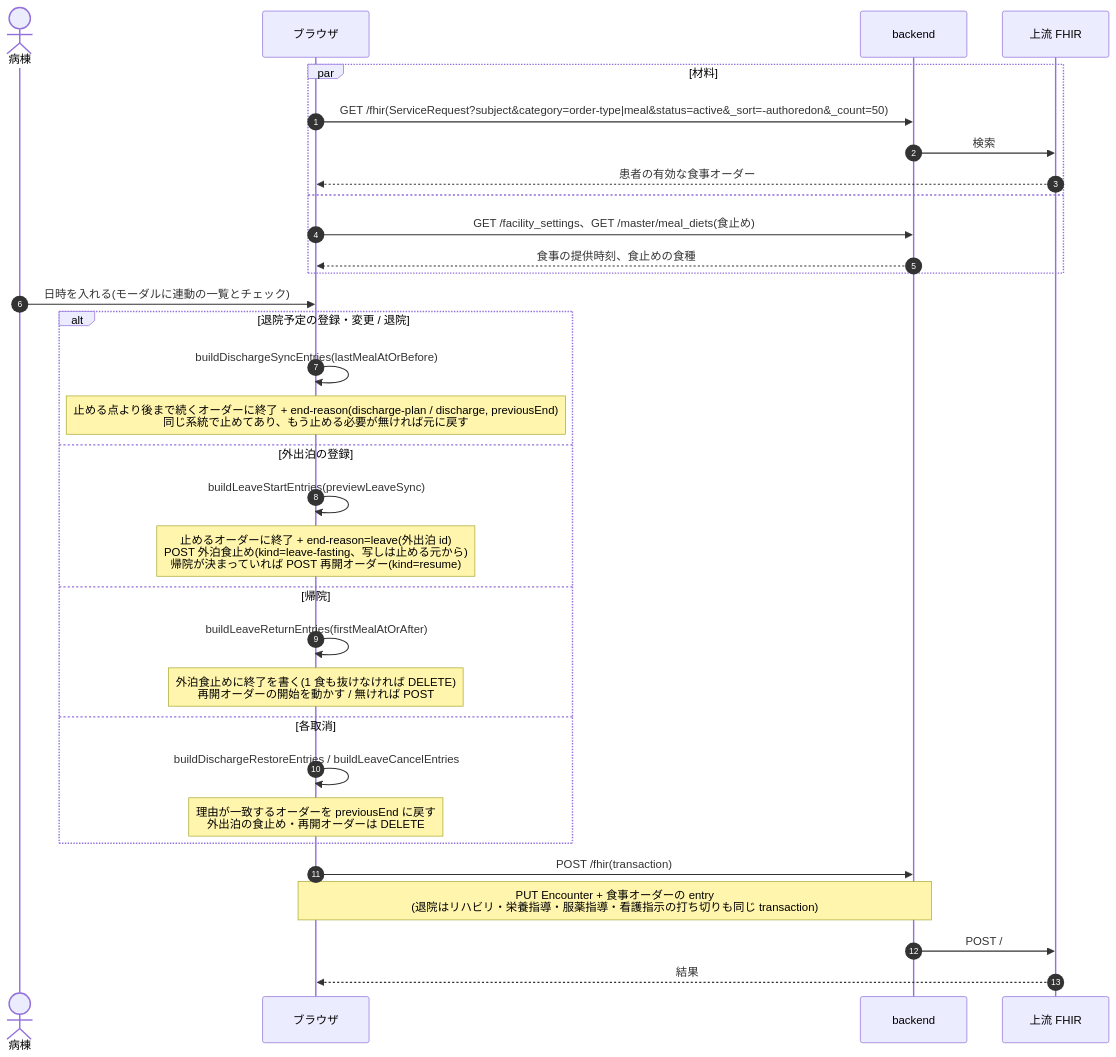
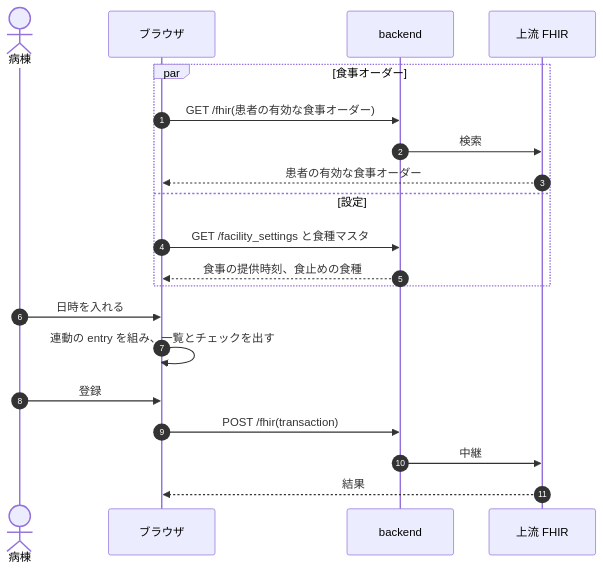
The fifth of 8 diagrams in docs/dev/meal.md (ysnr-dev/fhir-client-docs), drawn with Mermaid before and after one commit. The commit also changed other lines of this file and 43 other files, not shown here.

Commit message:
docs: 業務フローとシーケンス図を写し直し

````diff
--- a/docs/dev/meal.md
+++ b/docs/dev/meal.md
@@ -118,35 +266,23 @@
 ```mermaid
 sequenceDiagram
   autonumber
   actor Ward as 病棟
   participant UI as ブラウザ
   participant BE as backend
   participant FHIR as 上流 FHIR
 
-  par 材料
-    UI->>BE: GET /fhir(ServiceRequest?subject&category=order-type|meal&status=active&_sort=-authoredon&_count=50)
+  par 食事オーダー
+    UI->>BE: GET /fhir(患者の有効な食事オーダー)
     BE->>FHIR: 検索
     FHIR-->>UI: 患者の有効な食事オーダー
-  and
-    UI->>BE: GET /facility_settings、GET /master/meal_diets(食止め)
+  and 設定
+    UI->>BE: GET /facility_settings と食種マスタ
     BE-->>UI: 食事の提供時刻、食止めの食種
   end
-  Ward->>UI: 日時を入れる(モーダルに連動の一覧とチェック)
-  alt 退院予定の登録・変更 / 退院
-    UI->>UI: buildDischargeSyncEntries(lastMealAtOrBefore)
-    Note over UI: 止める点より後まで続くオーダーに終了 + end-reason(discharge-plan / discharge, previousEnd)<br/>同じ系統で止めてあり、もう止める必要が無ければ元に戻す
-  else 外出泊の登録
-    UI->>UI: buildLeaveStartEntries(previewLeaveSync)
-    Note over UI: 止めるオーダーに終了 + end-reason=leave(外出泊 id)<br/>POST 外泊食止め(kind=leave-fasting、写しは止める元から)<br/>帰院が決まっていれば POST 再開オーダー(kind=resume)
-  else 帰院
-    UI->>UI: buildLeaveReturnEntries(firstMealAtOrAfter)
-    Note over UI: 外泊食止めに終了を書く(1 食も抜けなければ DELETE)<br/>再開オーダーの開始を動かす / 無ければ POST
-  else 各取消
-    UI->>UI: buildDischargeRestoreEntries / buildLeaveCancelEntries
-    Note over UI: 理由が一致するオーダーを previousEnd に戻す<br/>外出泊の食止め・再開オーダーは DELETE
-  end
+  Ward->>UI: 日時を入れる
+  UI->>UI: 連動の entry を組み、一覧とチェックを出す
+  Ward->>UI: 登録
   UI->>BE: POST /fhir(transaction)
-  Note over UI,BE: PUT Encounter + 食事オーダーの entry<br/>(退院はリハビリ・栄養指導・服薬指導・看護指示の打ち切りも同じ transaction)
-  BE->>FHIR: POST /
+  BE->>FHIR: 中継
   FHIR-->>UI: 結果
 ```
````
